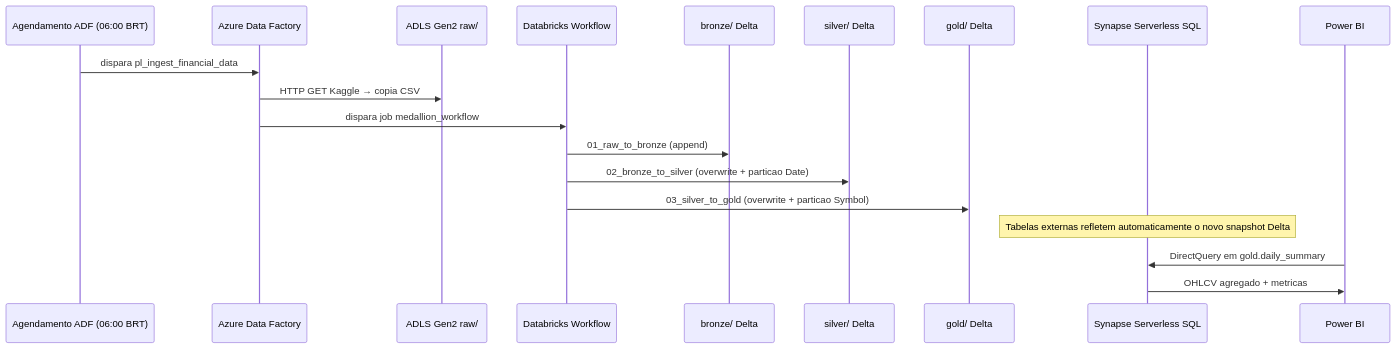
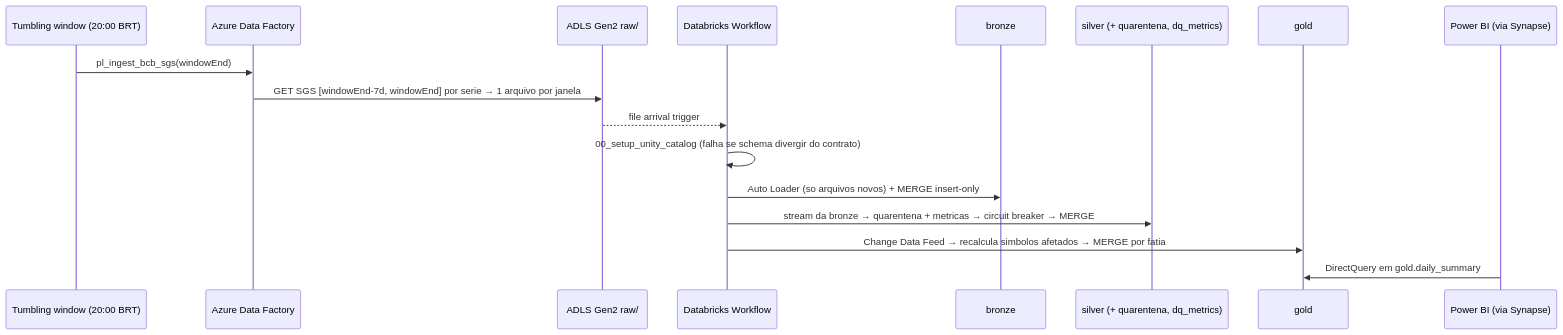
Before and after one commit to fabianoamaralbr/data-end-to-end: the second of 2 diagrams in architecture.md, drawn with Mermaid. The commit also changed other lines of this file and 58 other files, not shown here.

````diff
--- a/architecture.md
+++ b/architecture.md
@@ -62,22 +65,20 @@
 ```mermaid
 sequenceDiagram
-    participant Schedule as Agendamento ADF (06:00 BRT)
+    participant TW as Tumbling window (20:00 BRT)
     participant ADF as Azure Data Factory
     participant ADLS as ADLS Gen2 raw/
     participant DBR as Databricks Workflow
-    participant Bronze as bronze/ Delta
-    participant Silver as silver/ Delta
-    participant Gold as gold/ Delta
-    participant Synapse as Synapse Serverless SQL
-    participant PBI as Power BI
+    participant Bronze as bronze
+    participant Silver as silver (+ quarentena, dq_metrics)
+    participant Gold as gold
+    participant PBI as Power BI (via Synapse)
 
-    Schedule->>ADF: dispara pl_ingest_financial_data
-    ADF->>ADLS: HTTP GET Kaggle → copia CSV
-    ADF->>DBR: dispara job medallion_workflow
-    DBR->>Bronze: 01_raw_to_bronze (append)
-    DBR->>Silver: 02_bronze_to_silver (overwrite + particao Date)
-    DBR->>Gold: 03_silver_to_gold (overwrite + particao Symbol)
-    Note over Synapse: Tabelas externas refletem automaticamente o novo snapshot Delta
-    PBI->>Synapse: DirectQuery em gold.daily_summary
-    Synapse->>PBI: OHLCV agregado + metricas
+    TW->>ADF: pl_ingest_bcb_sgs(windowEnd)
+    ADF->>ADLS: GET SGS [windowEnd-7d, windowEnd] por serie → 1 arquivo por janela
+    ADLS-->>DBR: file arrival trigger
+    DBR->>DBR: 00_setup_unity_catalog (falha se schema divergir do contrato)
+    DBR->>Bronze: Auto Loader (so arquivos novos) + MERGE insert-only
+    DBR->>Silver: stream da bronze → quarentena + metricas → circuit breaker → MERGE
+    DBR->>Gold: Change Data Feed → recalcula simbolos afetados → MERGE por fatia
+    PBI->>Gold: DirectQuery em gold.daily_summary
 ```
````
